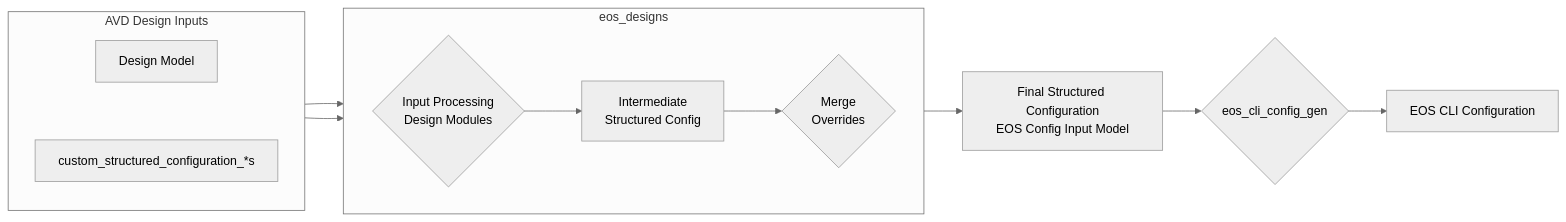
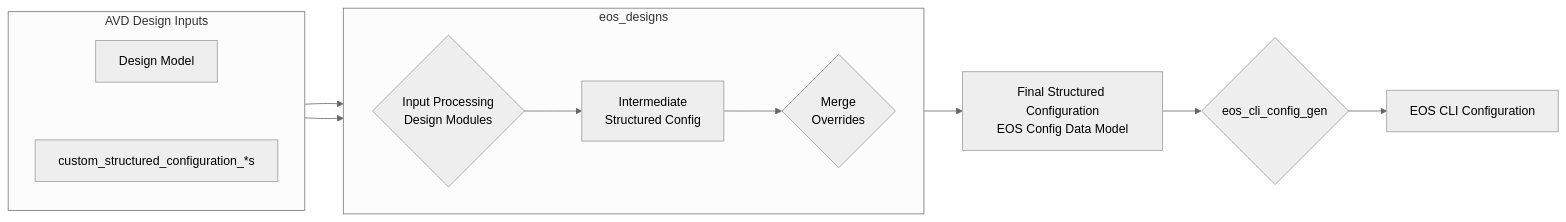
The seventh of 8 diagrams in docs/getting-started/avd-usage-patterns.md (aristanetworks/avd), drawn with Mermaid (neutral theme) before and after one commit. The commit also changed other lines of this file, not shown here.

Commit message:
move from input model to data model

````diff
--- a/docs/getting-started/avd-usage-patterns.md
+++ b/docs/getting-started/avd-usage-patterns.md
@@ -239,22 +239,22 @@
 ```mermaid
 graph LR
     A1 --> B1
     A2 --> B4
-    B4 --> C[Final Structured Configuration<br/>EOS Config Input Model]
+    B4 --> C[Final Structured Configuration<br/>EOS Config Data Model]
     C --> D{eos_cli_config_gen}
     D --> E[EOS CLI Configuration]
 
     subgraph A[AVD Design Inputs]
         direction TB
         A1[Design Model]
         A2[custom_structured_configuration_*s]
         %% This forces A1 above A2 without a visible line
         A1 ~~~ A2
     end
 
     subgraph B[eos_designs]
         direction LR
         B1{Input Processing<br/>Design Modules} --> B2[Intermediate<br/>Structured Config]
         B2 --> B4{Merge<br/>Overrides}
     end
 ```
````
